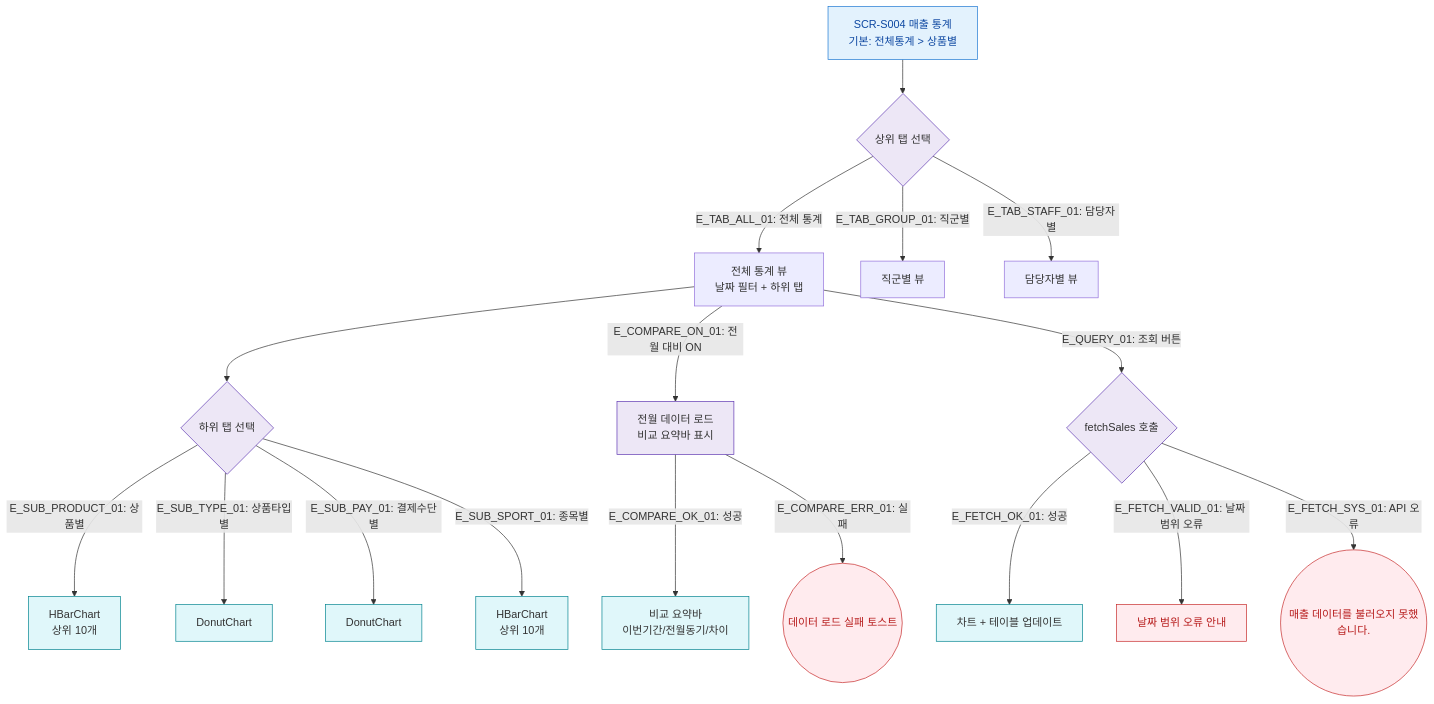
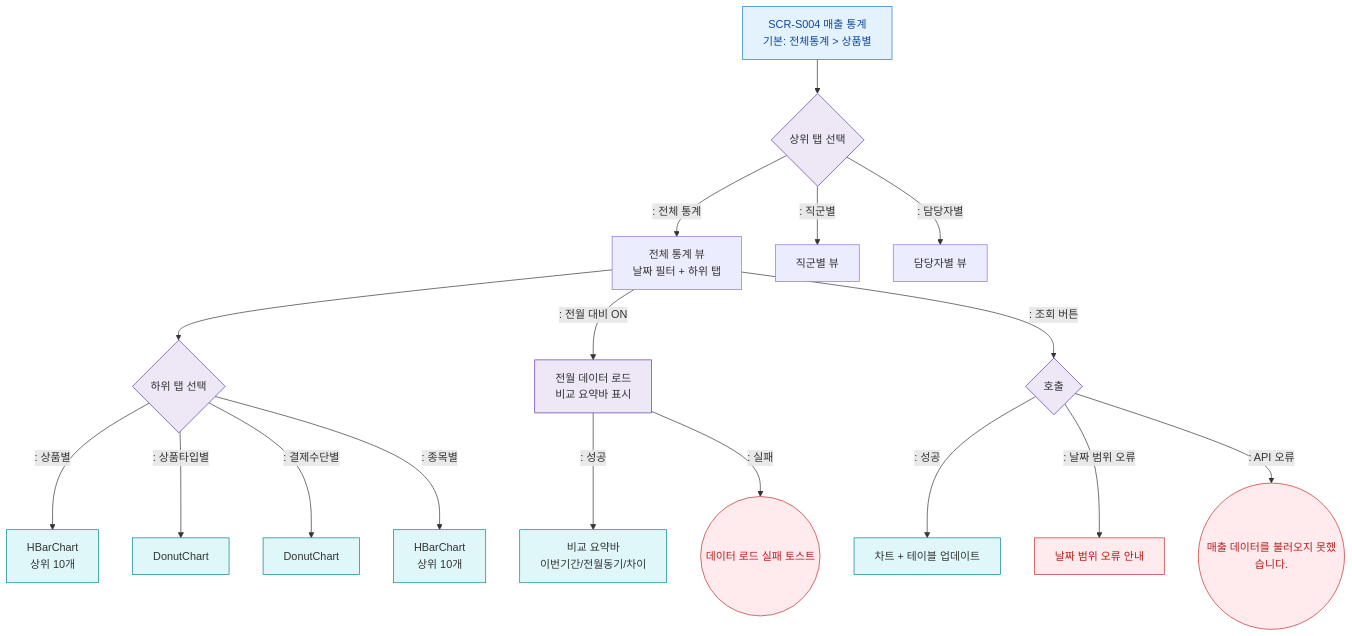
Before and after one commit to dev-spogym/admin-pando: the diagram in docs/다이어그램/D03_매출관리/SCR-S004_매출통계/F2_메인.md, drawn with Mermaid. The commit also changed other lines of this file and 1660 other files, not shown here.

First line of the commit message:
다이어그램: 기획자/클라이언트 납품본으로 정리

````diff
--- a/docs/다이어그램/D03_매출관리/SCR-S004_매출통계/F2_메인.md
+++ b/docs/다이어그램/D03_매출관리/SCR-S004_매출통계/F2_메인.md
@@ -20,34 +18,34 @@
 ```mermaid
 flowchart TD
     S004[SCR-S004 매출 통계\n기본: 전체통계 > 상품별]
 
     S004 --> TOP_TAB{상위 탭 선택}
-    TOP_TAB -->|"E_TAB_ALL_01: 전체 통계"| ALL_TAB[전체 통계 뷰\n날짜 필터 + 하위 탭]
-    TOP_TAB -->|"E_TAB_GROUP_01: 직군별"| GROUP_TAB[직군별 뷰]
-    TOP_TAB -->|"E_TAB_STAFF_01: 담당자별"| STAFF_TAB[담당자별 뷰]
+    TOP_TAB -->|": 전체 통계"|ALL_TAB[전체 통계 뷰\n날짜 필터 + 하위 탭]
+    TOP_TAB -->|": 직군별"|GROUP_TAB[직군별 뷰]
+    TOP_TAB -->|": 담당자별"|STAFF_TAB[담당자별 뷰]
 
     ALL_TAB --> SUB_TAB{하위 탭 선택}
-    SUB_TAB -->|"E_SUB_PRODUCT_01: 상품별"| CHART_HBAR[HBarChart\n상위 10개]
-    SUB_TAB -->|"E_SUB_TYPE_01: 상품타입별"| CHART_DONUT1[DonutChart]
-    SUB_TAB -->|"E_SUB_PAY_01: 결제수단별"| CHART_DONUT2[DonutChart]
-    SUB_TAB -->|"E_SUB_SPORT_01: 종목별"| CHART_HBAR2[HBarChart\n상위 10개]
+    SUB_TAB -->|": 상품별"|CHART_HBAR[HBarChart\n상위 10개]
+    SUB_TAB -->|": 상품타입별"|CHART_DONUT1[DonutChart]
+    SUB_TAB -->|": 결제수단별"|CHART_DONUT2[DonutChart]
+    SUB_TAB -->|": 종목별"|CHART_HBAR2[HBarChart\n상위 10개]
 
-    ALL_TAB -->|"E_COMPARE_ON_01: 전월 대비 ON"| COMPARE[전월 데이터 로드\n비교 요약바 표시]
-    COMPARE -->|"E_COMPARE_OK_01: 성공"| COMPARE_VIEW[비교 요약바\n이번기간/전월동기/차이]
-    COMPARE -->|"E_COMPARE_ERR_01: 실패"| ERR_COMPARE((데이터 로드 실패 토스트))
+    ALL_TAB -->|": 전월 대비 ON"|COMPARE[전월 데이터 로드\n비교 요약바 표시]
+    COMPARE -->|": 성공"|COMPARE_VIEW[비교 요약바\n이번기간/전월동기/차이]
+    COMPARE -->|": 실패"|ERR_COMPARE((데이터 로드 실패 토스트))
 
-    ALL_TAB -->|"E_QUERY_01: 조회 버튼"| FETCH{fetchSales 호출}
-    FETCH -->|"E_FETCH_OK_01: 성공"| CHART_UPDATE[차트 + 테이블 업데이트]
-    FETCH -->|"E_FETCH_VALID_01: 날짜 범위 오류"| ERR_DATE[날짜 범위 오류 안내]
-    FETCH -->|"E_FETCH_SYS_01: API 오류"| ERR_API((매출 데이터를 불러오지 못했습니다.))
+    ALL_TAB -->|": 조회 버튼"|FETCH{호출}
+    FETCH -->|": 성공"|CHART_UPDATE[차트 + 테이블 업데이트]
+    FETCH -->|": 날짜 범위 오류"|ERR_DATE[날짜 범위 오류 안내]
+    FETCH -->|": API 오류"|ERR_API((매출 데이터를 불러오지 못했습니다.))
 
     classDef screen fill:#E3F2FD,stroke:#1976D2,color:#0D47A1
     classDef error fill:#FFEBEE,stroke:#C62828,color:#B71C1C
     classDef system fill:#EDE7F6,stroke:#5E35B2
     classDef info fill:#E0F7FA,stroke:#00838F
 
     class S004 screen
     class ERR_COMPARE,ERR_DATE,ERR_API error
     class TOP_TAB,SUB_TAB,FETCH,COMPARE system
     class CHART_HBAR,CHART_DONUT1,CHART_DONUT2,CHART_HBAR2,COMPARE_VIEW,CHART_UPDATE info
 ```
````
